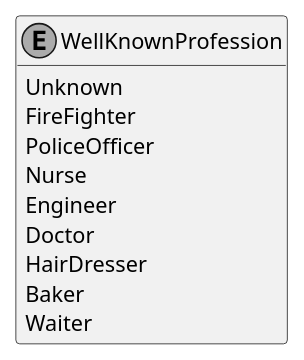
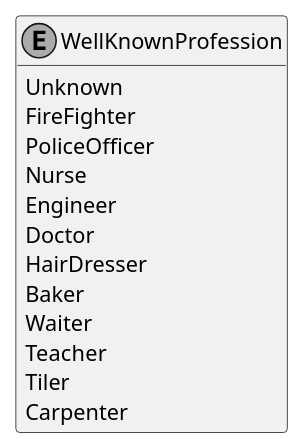
The diagram in Documentation/Generated/Enumerations/DoofesZeug.Models.Human.Professions/WellKnownProfession.puml (ObiWanLansi/DoofesZeug), drawn with PlantUML before and after one commit. The commit also changed 95 other files, not shown here.

```diff
--- a/Documentation/Generated/Enumerations/DoofesZeug.Models.Human.Professions/WellKnownProfession.puml
+++ b/Documentation/Generated/Enumerations/DoofesZeug.Models.Human.Professions/WellKnownProfession.puml
@@ -1,17 +1,20 @@
 @startuml
 skinparam monochrome true
 hide empty members
 
 enum WellKnownProfession {
     Unknown
     FireFighter
     PoliceOfficer
     Nurse
     Engineer
     Doctor
     HairDresser
     Baker
     Waiter
+    Teacher
+    Tiler
+    Carpenter
 }
 
 @enduml
```
